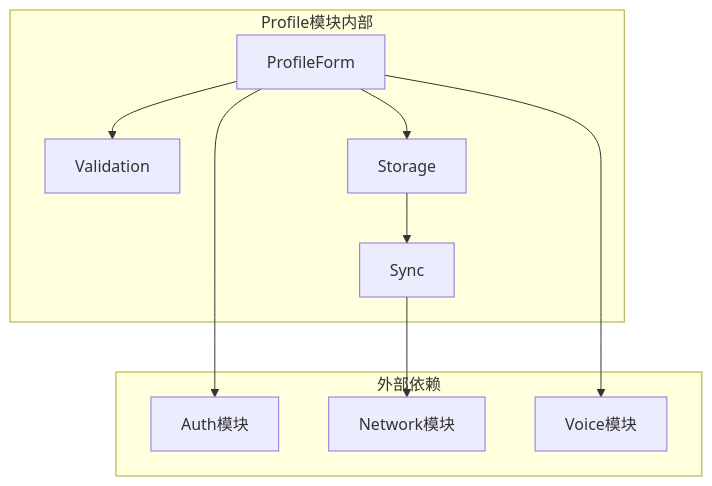
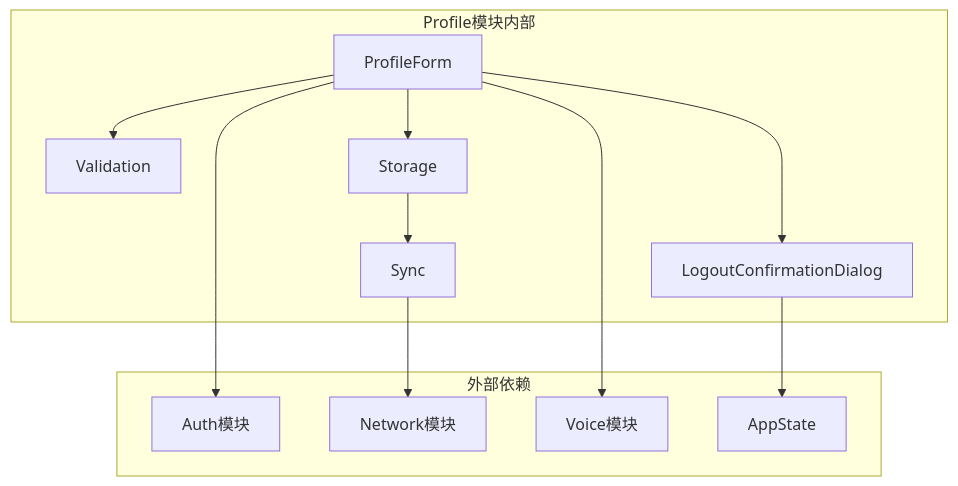
Before and after one commit to Jayden23018/blind-run-ios: diagram 11 of 13 in .qoder/repowiki/zh/content/架构设计/模块化架构设计/Profile 个人资料模块.md, drawn with Mermaid. The commit also changed other lines of this file and 9 other files, not shown here.

````diff
--- a/.qoder/repowiki/zh/content/架构设计/模块化架构设计/Profile 个人资料模块.md
+++ b/.qoder/repowiki/zh/content/架构设计/模块化架构设计/Profile 个人资料模块.md
@@ -344,20 +417,24 @@
 ```mermaid
 graph TB
 subgraph "Profile模块内部"
 ProfileForm[ProfileForm]
 Validation[Validation]
 Storage[Storage]
 Sync[Sync]
+LogoutDialog[LogoutConfirmationDialog]
 end
 subgraph "外部依赖"
 Auth[Auth模块]
 Network[Network模块]
 Voice[Voice模块]
+AppState[AppState]
 end
 ProfileForm --> Validation
 ProfileForm --> Storage
+ProfileForm --> LogoutDialog
 Storage --> Sync
 Sync --> Network
 ProfileForm --> Voice
 ProfileForm --> Auth
+LogoutDialog --> AppState
 ```
````
